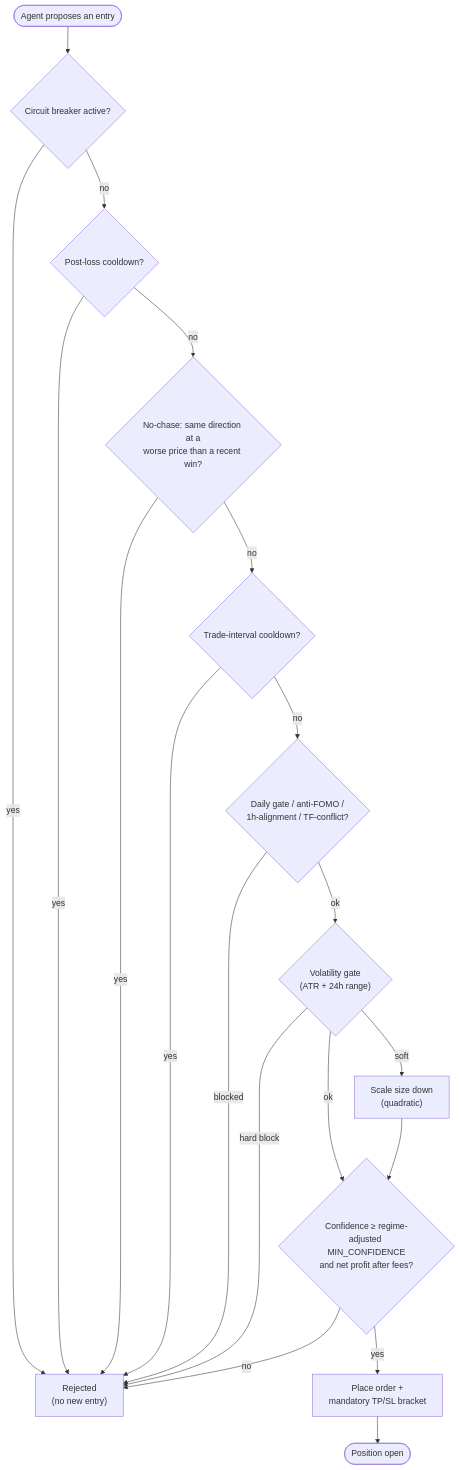
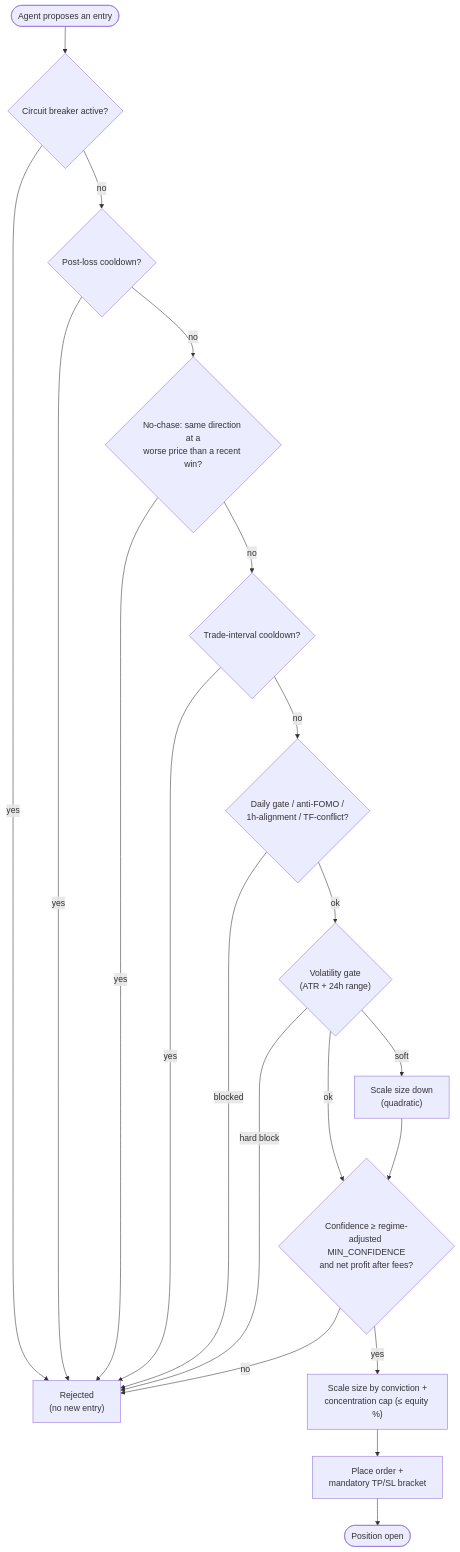
Before and after one commit to abozaralizadeh/trAIde: the third of 5 diagrams in README.md, drawn with Mermaid. The commit also changed other lines of this file and 5 other files, not shown here.

````diff
--- a/README.md
+++ b/README.md
@@ -109,21 +109,22 @@
 ```mermaid
 flowchart TD
     propose(["Agent proposes an entry"]) --> cb{"Circuit breaker active?"}
     cb -->|yes| reject["Rejected<br/>(no new entry)"]
     cb -->|no| pl{"Post-loss cooldown?"}
     pl -->|yes| reject
     pl -->|no| nc{"No-chase: same direction at a<br/>worse price than a recent win?"}
     nc -->|yes| reject
     nc -->|no| ti{"Trade-interval cooldown?"}
     ti -->|yes| reject
     ti -->|no| dg{"Daily gate / anti-FOMO /<br/>1h-alignment / TF-conflict?"}
     dg -->|blocked| reject
     dg -->|ok| vol{"Volatility gate<br/>(ATR + 24h range)"}
     vol -->|hard block| reject
     vol -->|soft| scale["Scale size down<br/>(quadratic)"]
     vol -->|ok| conf{"Confidence &ge; regime-adjusted MIN_CONFIDENCE<br/>and net profit after fees?"}
     scale --> conf
     conf -->|no| reject
-    conf -->|yes| exec["Place order +<br/>mandatory TP/SL bracket"]
+    conf -->|yes| convsize["Scale size by conviction +<br/>concentration cap (&le; equity %)"]
+    convsize --> exec["Place order +<br/>mandatory TP/SL bracket"]
     exec --> openpos(["Position open"])
 ```
````
